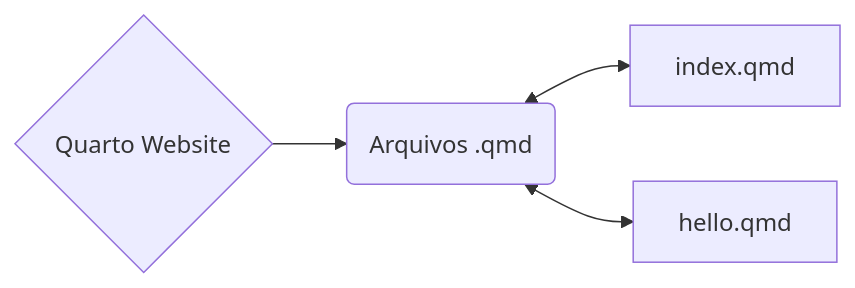
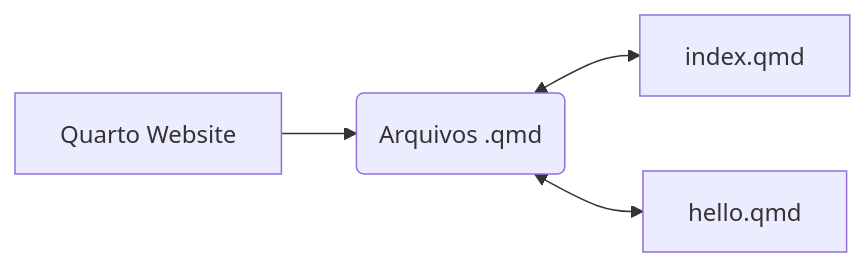
One commit to francojra/introducao_ao_quarto changed the third of 3 diagrams in introducao_quarto_markdown.qmd. Above: the diagram before and after it, drawn with Mermaid. The commit also changed other lines of this file and 1 other file, not shown here.

````diff
--- a/introducao_quarto_markdown.qmd
+++ b/introducao_quarto_markdown.qmd
@@ -100,6 +104,6 @@
 ```{mermaid}
 flowchart LR
-  E{Quarto Website} --> J(Arquivos .qmd)
+  E[Quarto Website] --> J(Arquivos .qmd)
   J <--> K[index.qmd]
   J <--> L[hello.qmd]
 ```
````
